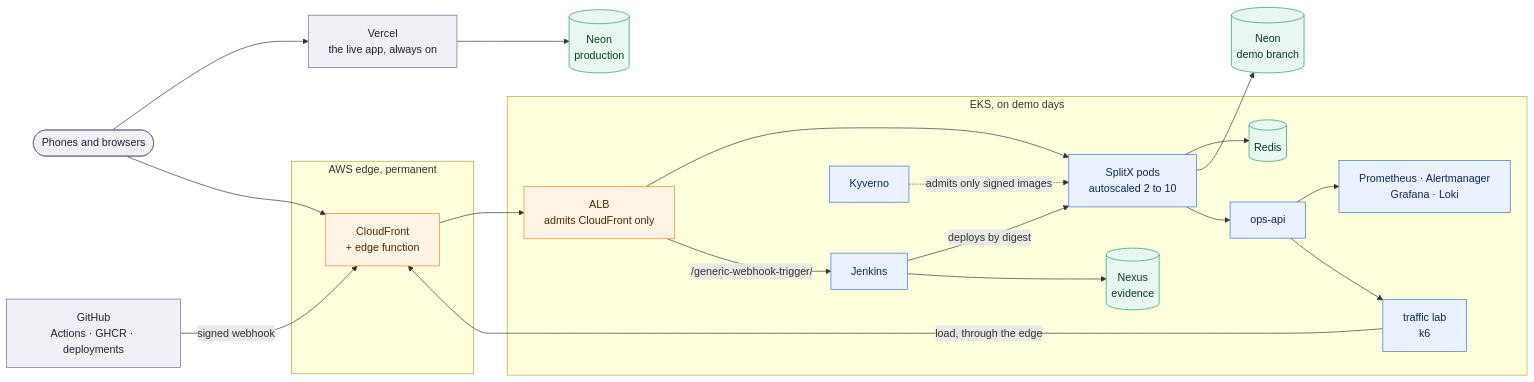
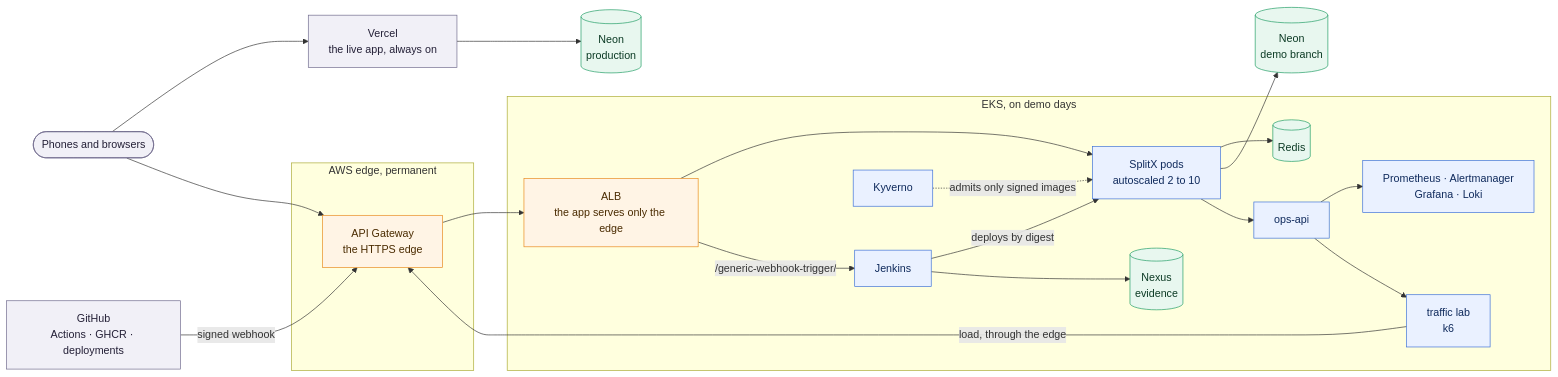
The first of 7 diagrams in README.md (Sayandip-Jana-1018/SplitX), drawn with Mermaid before and after one commit. The commit also changed other lines of this file and 59 other files, not shown here.

````diff
--- a/README.md
+++ b/README.md
@@ -74,45 +74,45 @@
 ```mermaid
 flowchart LR
     phones(["Phones and browsers"])
     gh["GitHub<br/>Actions · GHCR · deployments"]
     vercel["Vercel<br/>the live app, always on"]
     neonProd[("Neon<br/>production")]
 
     subgraph edge["AWS edge, permanent"]
-        cf["CloudFront<br/>+ edge function"]
+        cf["API Gateway<br/>the HTTPS edge"]
     end
 
     subgraph eks["EKS, on demo days"]
-        alb["ALB<br/>admits CloudFront only"]
+        alb["ALB<br/>the app serves only the edge"]
         app["SplitX pods<br/>autoscaled 2 to 10"]
         redis[("Redis")]
         opsapi["ops-api"]
         lab["traffic lab<br/>k6"]
         jenkins["Jenkins"]
         nexus[("Nexus<br/>evidence")]
         mon["Prometheus · Alertmanager<br/>Grafana · Loki"]
         kyverno["Kyverno"]
     end
     neonDemo[("Neon<br/>demo branch")]
 
     phones --> vercel --> neonProd
     phones --> cf --> alb --> app
     app --> redis
     app --> neonDemo
     app --> opsapi --> mon
     opsapi --> lab -->|"load, through the edge"| cf
     gh -->|"signed webhook"| cf
     alb -->|"/generic-webhook-trigger/"| jenkins
     jenkins -->|"deploys by digest"| app
     jenkins --> nexus
     kyverno -.->|"admits only signed images"| app
 
     classDef aws fill:#fff4e5,stroke:#e8891b,color:#4a2b00
     classDef k8s fill:#eaf1ff,stroke:#3b6fd8,color:#0f2a5c
     classDef ext fill:#f1f0f7,stroke:#6f6a8c,color:#231f36
     classDef data fill:#e8f7ef,stroke:#1f9d63,color:#0b3a24
     class cf,alb aws
     class app,opsapi,lab,jenkins,mon,kyverno k8s
     class gh,vercel,phones ext
     class neonProd,neonDemo,redis,nexus data
 ```
````
